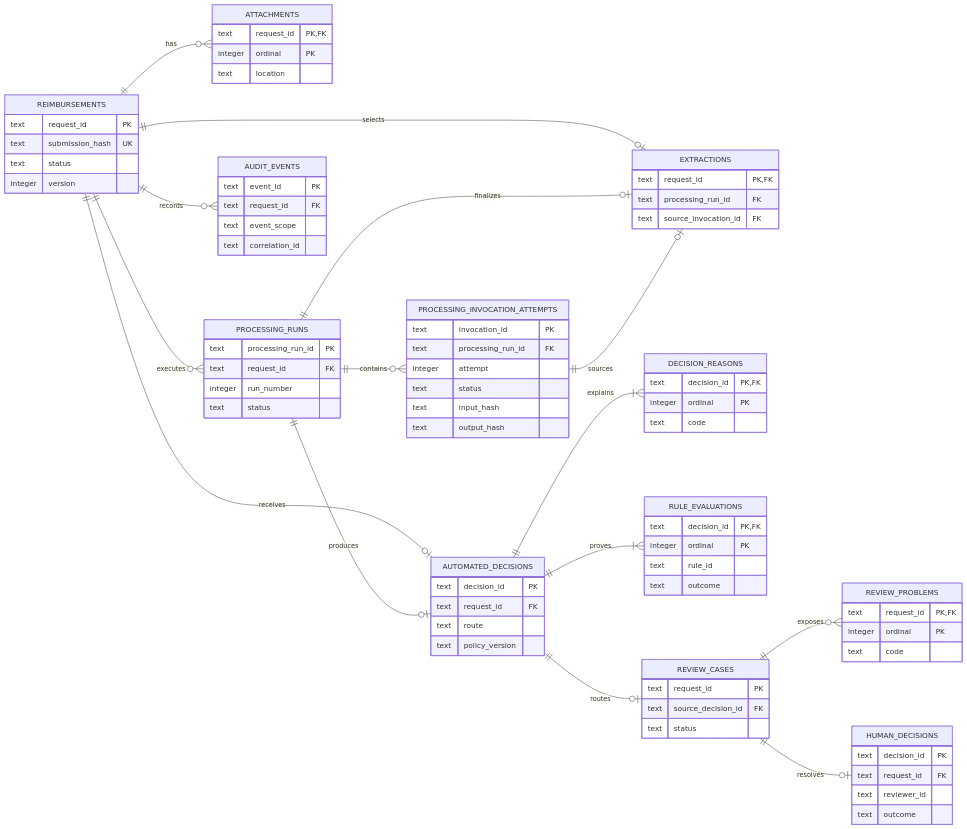
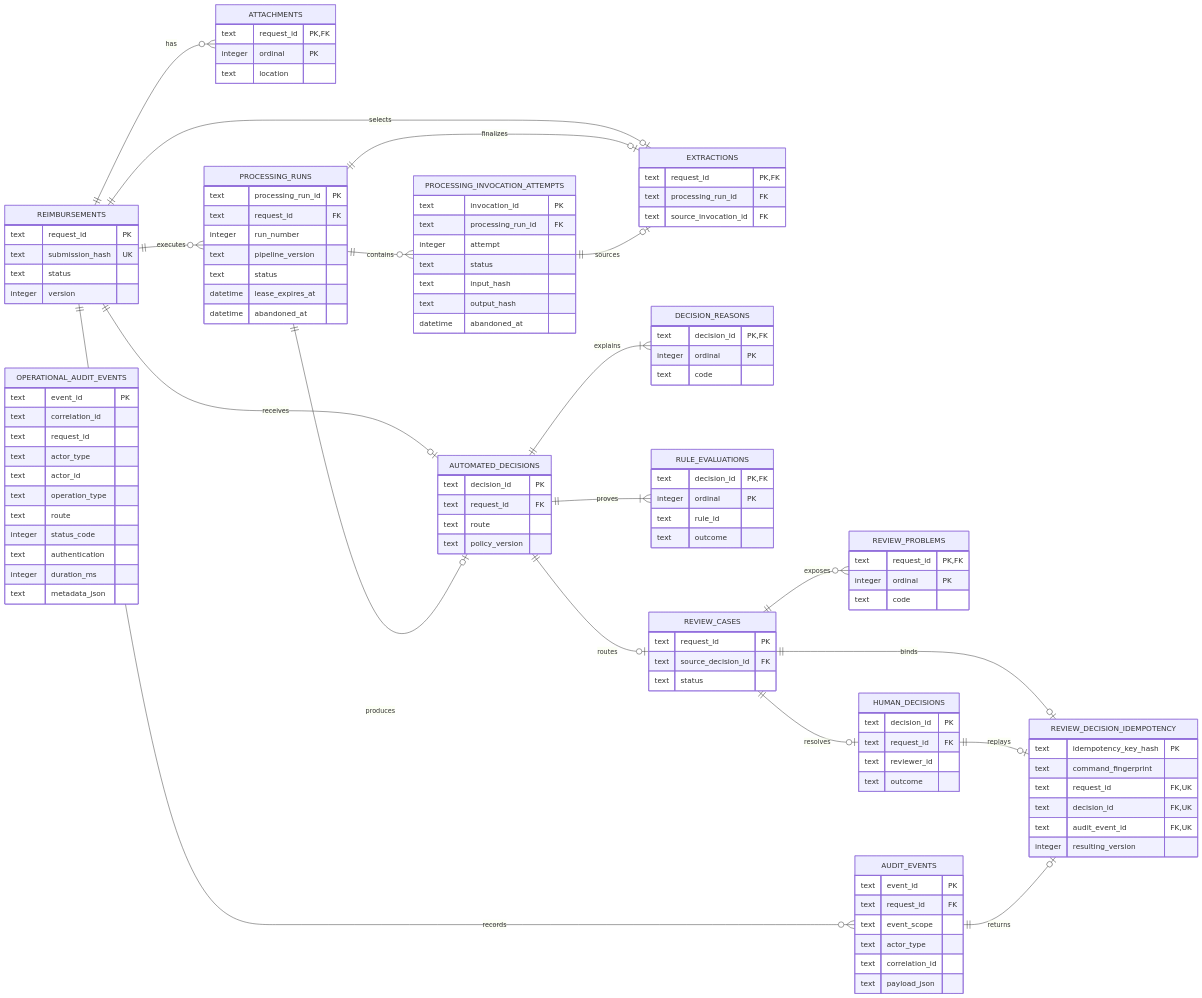
Before and after one commit to Dev-Luigy/automation_luigygabriel: the third of 8 diagrams in docs/diagrams.md, drawn with Mermaid. The commit also changed other lines of this file and 10 other files, not shown here.

Commit message:
docs: align architecture and traceability model

````diff
--- a/docs/diagrams.md
+++ b/docs/diagrams.md
@@ -104,6 +142,9 @@
     AUTOMATED_DECISIONS ||--o| REVIEW_CASES : routes
     REVIEW_CASES ||--o{ REVIEW_PROBLEMS : exposes
     REVIEW_CASES ||--o| HUMAN_DECISIONS : resolves
+    REVIEW_CASES ||--o| REVIEW_DECISION_IDEMPOTENCY : binds
+    HUMAN_DECISIONS ||--o| REVIEW_DECISION_IDEMPOTENCY : replays
+    AUDIT_EVENTS ||--o| REVIEW_DECISION_IDEMPOTENCY : returns
     REIMBURSEMENTS ||--o{ AUDIT_EVENTS : records
 
     REIMBURSEMENTS {
@@ -121,7 +162,10 @@
         text processing_run_id PK
         text request_id FK
         integer run_number
+        text pipeline_version
         text status
+        datetime lease_expires_at
+        datetime abandoned_at
     }
     PROCESSING_INVOCATION_ATTEMPTS {
         text invocation_id PK
@@ -130,6 +174,7 @@
         text status
         text input_hash
         text output_hash
+        datetime abandoned_at
     }
     EXTRACTIONS {
         text request_id PK, FK
@@ -173,6 +218,29 @@
         text event_id PK
         text request_id FK
         text event_scope
+        text actor_type
         text correlation_id
+        text payload_json
+    }
+    REVIEW_DECISION_IDEMPOTENCY {
+        text idempotency_key_hash PK
+        text command_fingerprint
+        text request_id FK, UK
+        text decision_id FK, UK
+        text audit_event_id FK, UK
+        integer resulting_version
+    }
+    OPERATIONAL_AUDIT_EVENTS {
+        text event_id PK
+        text correlation_id
+        text request_id
+        text actor_type
+        text actor_id
+        text operation_type
+        text route
+        integer status_code
+        text authentication
+        integer duration_ms
+        text metadata_json
     }
 ```
````
